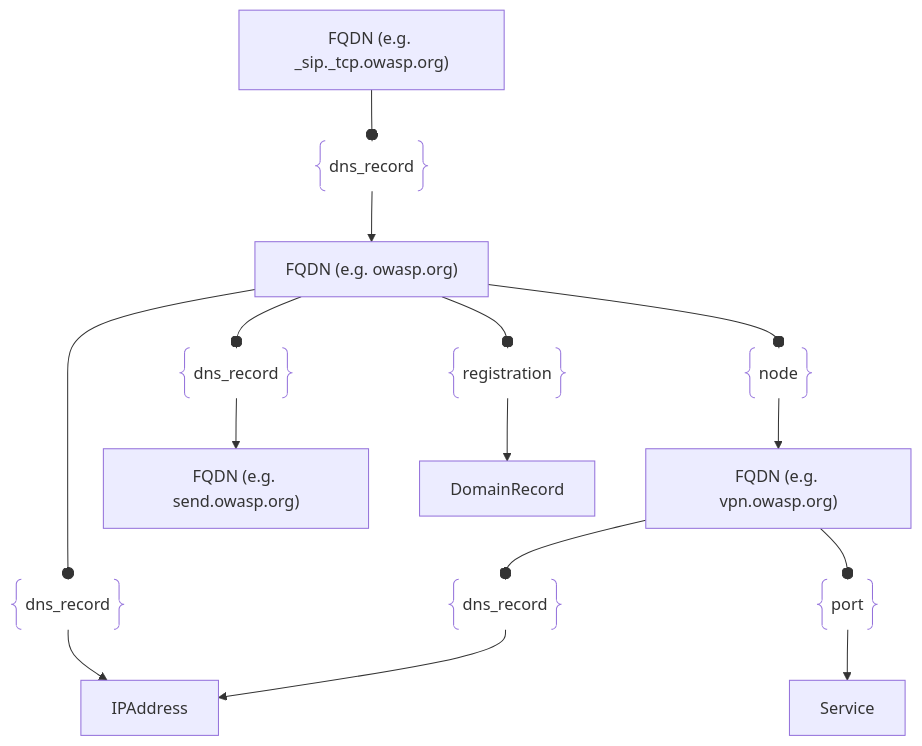
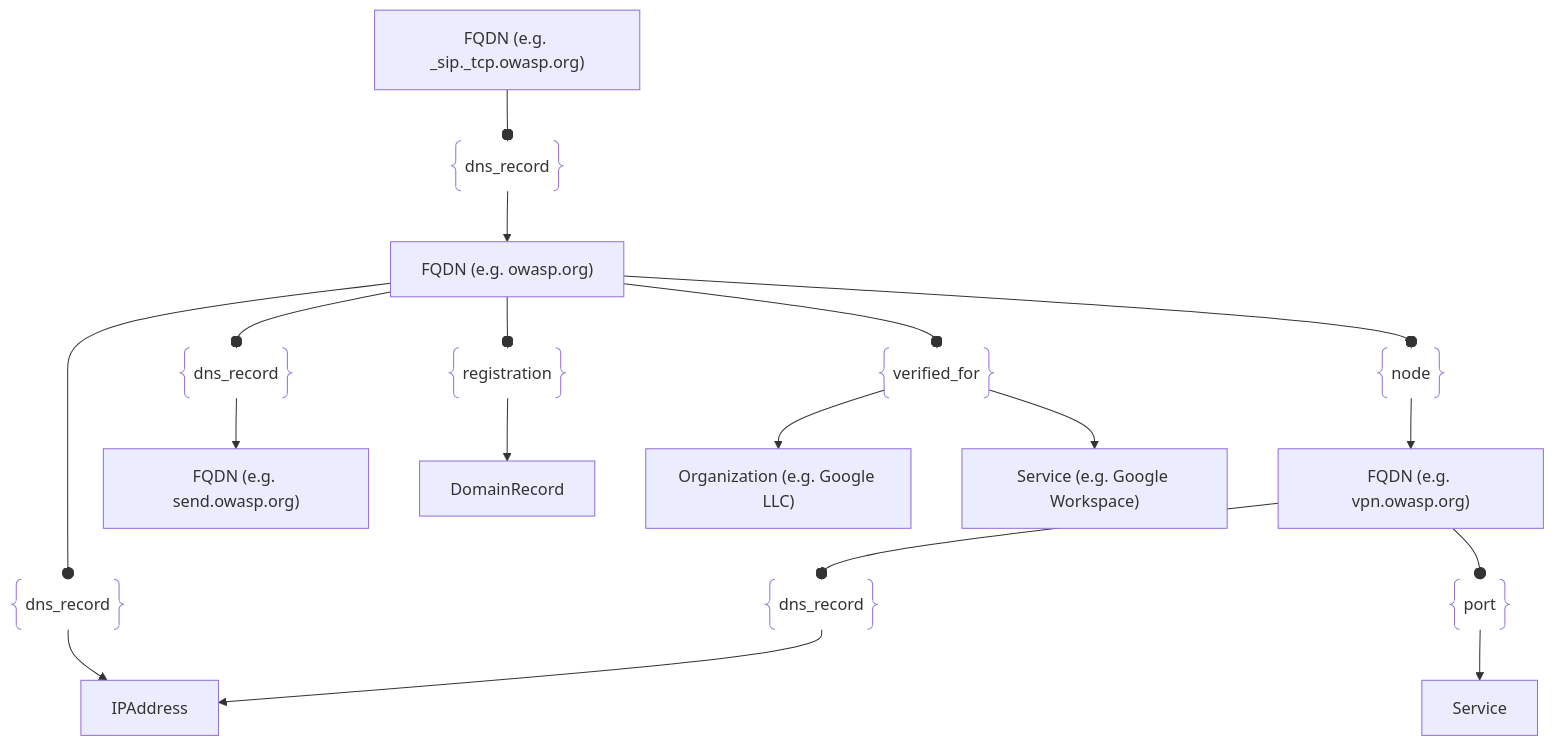
One commit to owasp-amass/docs changed the diagram in docs/open_asset_model/assets/fqdn.md. Above: the diagram before and after it, drawn with Mermaid. The commit also changed other lines of this file, not shown here.

Commit message:
added the documentation for the verified_for relationship

````diff
--- a/docs/open_asset_model/assets/fqdn.md
+++ b/docs/open_asset_model/assets/fqdn.md
@@ -29,36 +29,43 @@
 ```mermaid
 graph TD
 fqdn1["FQDN (e.g. owasp.org)"]
 fqdn2["FQDN (e.g. vpn.owasp.org)"]
 nodeRel@{ shape: braces, label: "node"}
 fqdn1 --o nodeRel
 nodeRel --> fqdn2
 
 ipaddr["IPAddress"]
 basicdns1@{ shape: braces, label: "dns_record"}
 basicdns2@{ shape: braces, label: "dns_record"}
 fqdn1 --o basicdns1
 basicdns1 --> ipaddr
 fqdn2 --o basicdns2
 basicdns2 --> ipaddr
 
 fqdn3["FQDN (e.g. send.owasp.org)"]
 prefdns@{ shape: braces, label: "dns_record"}
 fqdn1 --o prefdns
 prefdns --> fqdn3
 
 fqdn4["FQDN (e.g. _sip._tcp.owasp.org)"]
 srvdns@{ shape: braces, label: "dns_record"}
 fqdn4 --o srvdns
 srvdns --> fqdn1
 
 service["Service"]
 port@{ shape: braces, label: "port"}
 fqdn2 --o port
 port --> service
 
 domrec["DomainRecord"]
 regrel@{ shape: braces, label: "registration"}
 fqdn1 --o regrel
 regrel --> domrec
+
+org["Organization (e.g. Google LLC)"]
+serv2["Service (e.g. Google Workspace)"]
+verified@{ shape: braces, label: "verified_for" }
+fqdn1 --o verified
+verified --> org
+verified --> serv2
 ```
````
